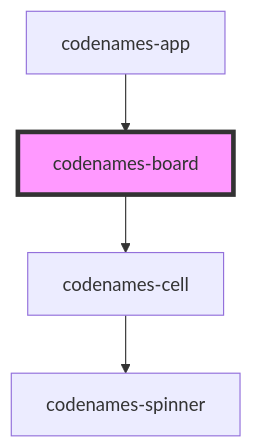
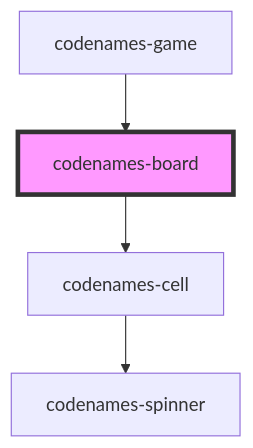
Before and after one commit to nelspd915/codenames: the diagram in packages/frontend/src/components/codenames-board/readme.md, drawn with Mermaid. The commit also changed other lines of this file and 35 other files, not shown here.

````diff
--- a/packages/frontend/src/components/codenames-board/readme.md
+++ b/packages/frontend/src/components/codenames-board/readme.md
@@ -26,7 +27,7 @@
 ```mermaid
 graph TD;
   codenames-board --> codenames-cell
   codenames-cell --> codenames-spinner
-  codenames-app --> codenames-board
+  codenames-game --> codenames-board
   style codenames-board fill:#f9f,stroke:#333,stroke-width:4px
 ```
````
